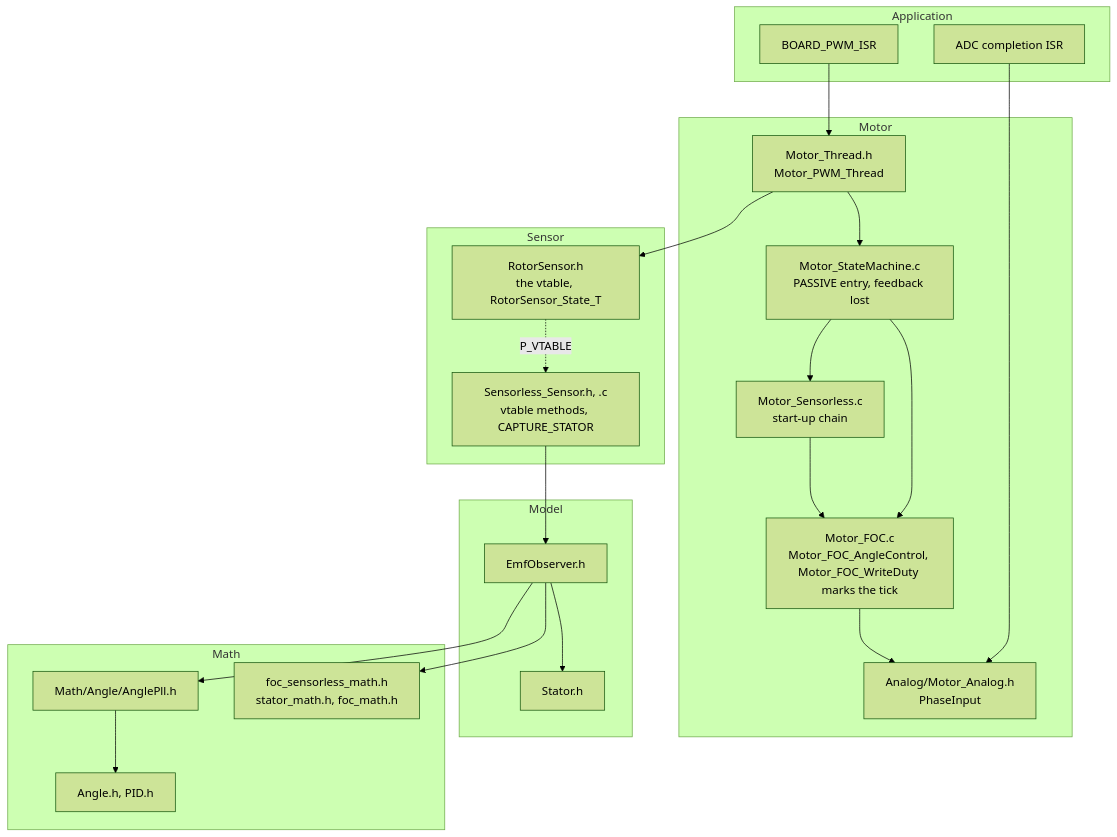
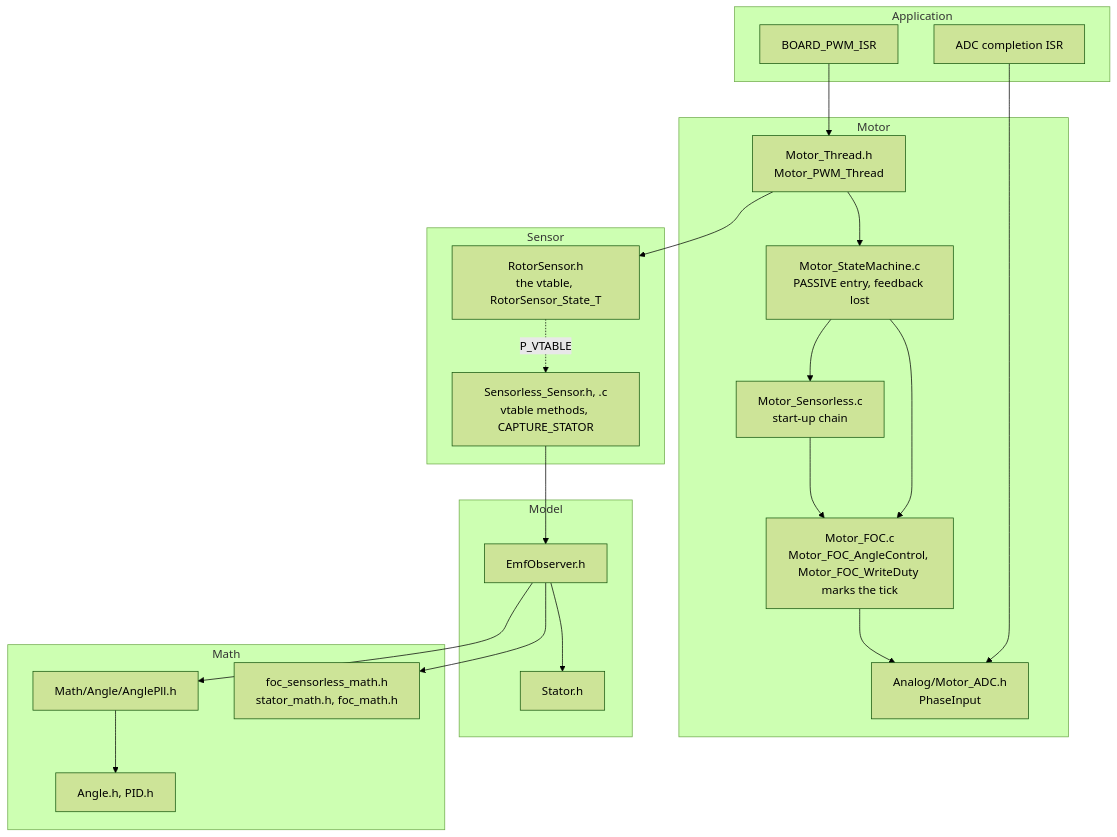
Before and after one commit to FireSourcery/FireSourcery_Library: the second of 9 diagrams in Motor/Docs/Sensorless.md, drawn with Mermaid (forest theme). The commit also changed other lines of this file and 45 other files, not shown here.

````diff
--- a/Motor/Docs/Sensorless.md
+++ b/Motor/Docs/Sensorless.md
@@ -128,42 +128,42 @@
 ```mermaid
 flowchart TB
     subgraph App["Application"]
         PWM["BOARD_PWM_ISR"]
         ADC["ADC completion ISR"]
     end
     subgraph MotorLayer["Motor"]
         Thread["Motor_Thread.h<br/>Motor_PWM_Thread"]
         SM["Motor_StateMachine.c<br/>PASSIVE entry, feedback lost"]
         Chain["Motor_Sensorless.c<br/>start-up chain"]
         FOCm["Motor_FOC.c<br/>Motor_FOC_AngleControl, Motor_FOC_WriteDuty marks the tick"]
-        Analog["Analog/Motor_Analog.h<br/>PhaseInput"]
+        Analog["Analog/Motor_ADC.h<br/>PhaseInput"]
     end
     subgraph SensorLayer["Sensor"]
         RS["RotorSensor.h<br/>the vtable, RotorSensor_State_T"]
         Adapter["Sensorless_Sensor.h, .c<br/>vtable methods, CAPTURE_STATOR"]
     end
     subgraph ModelLayer["Model"]
         Obs["EmfObserver.h"]
         Stator["Stator.h"]
     end
     subgraph MathLayer["Math"]
         Pll["Math/Angle/AnglePll.h"]
         SMath["foc_sensorless_math.h<br/>stator_math.h, foc_math.h"]
         Base["Angle.h, PID.h"]
     end
 
     PWM --> Thread
     ADC --> Analog
     Thread --> RS
     Thread --> SM
     SM --> Chain
     SM --> FOCm
     RS -. P_VTABLE .-> Adapter
     Chain --> FOCm
     FOCm --> Analog
     Adapter --> Obs
     Obs --> Stator
     Obs --> Pll
     Obs --> SMath
     Pll --> Base
 ```
````
